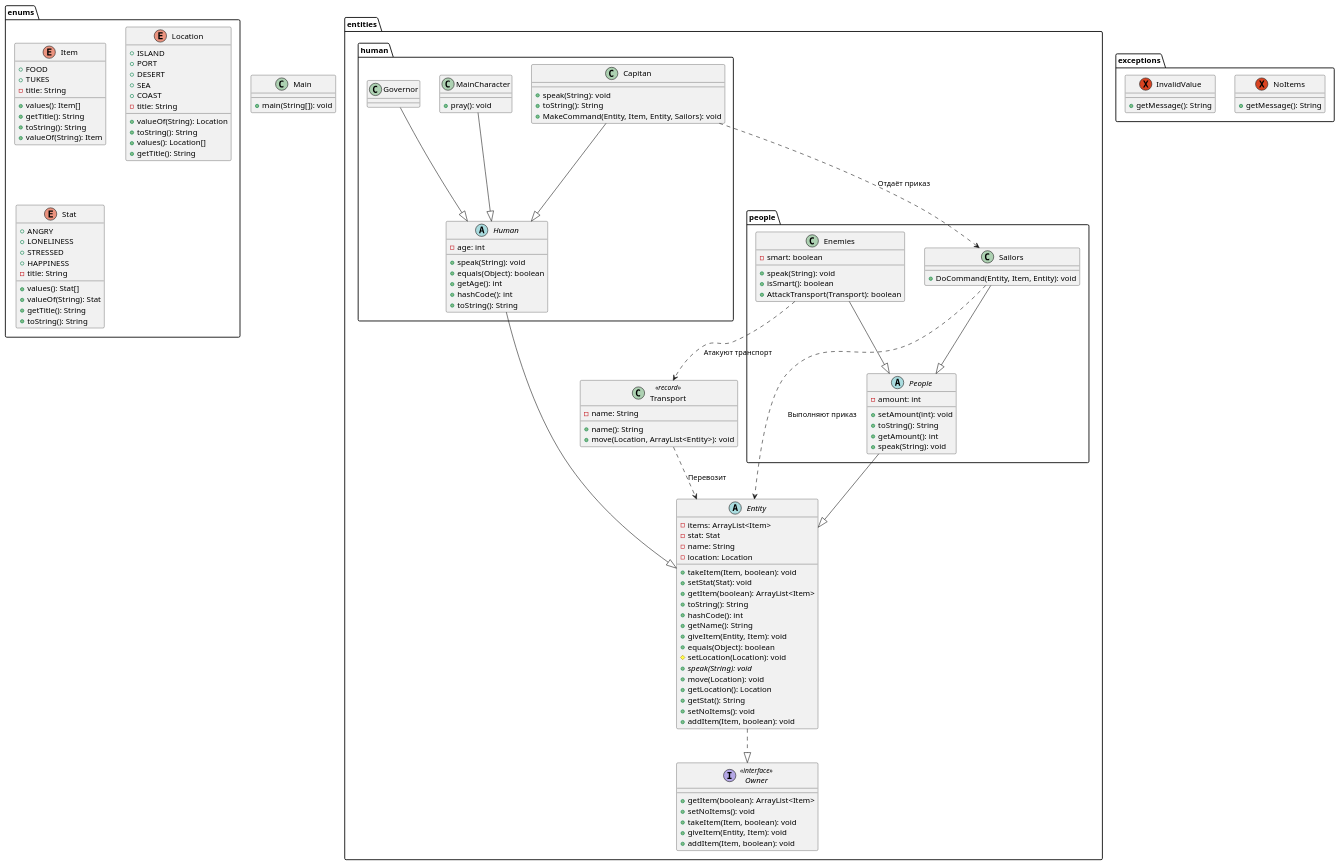
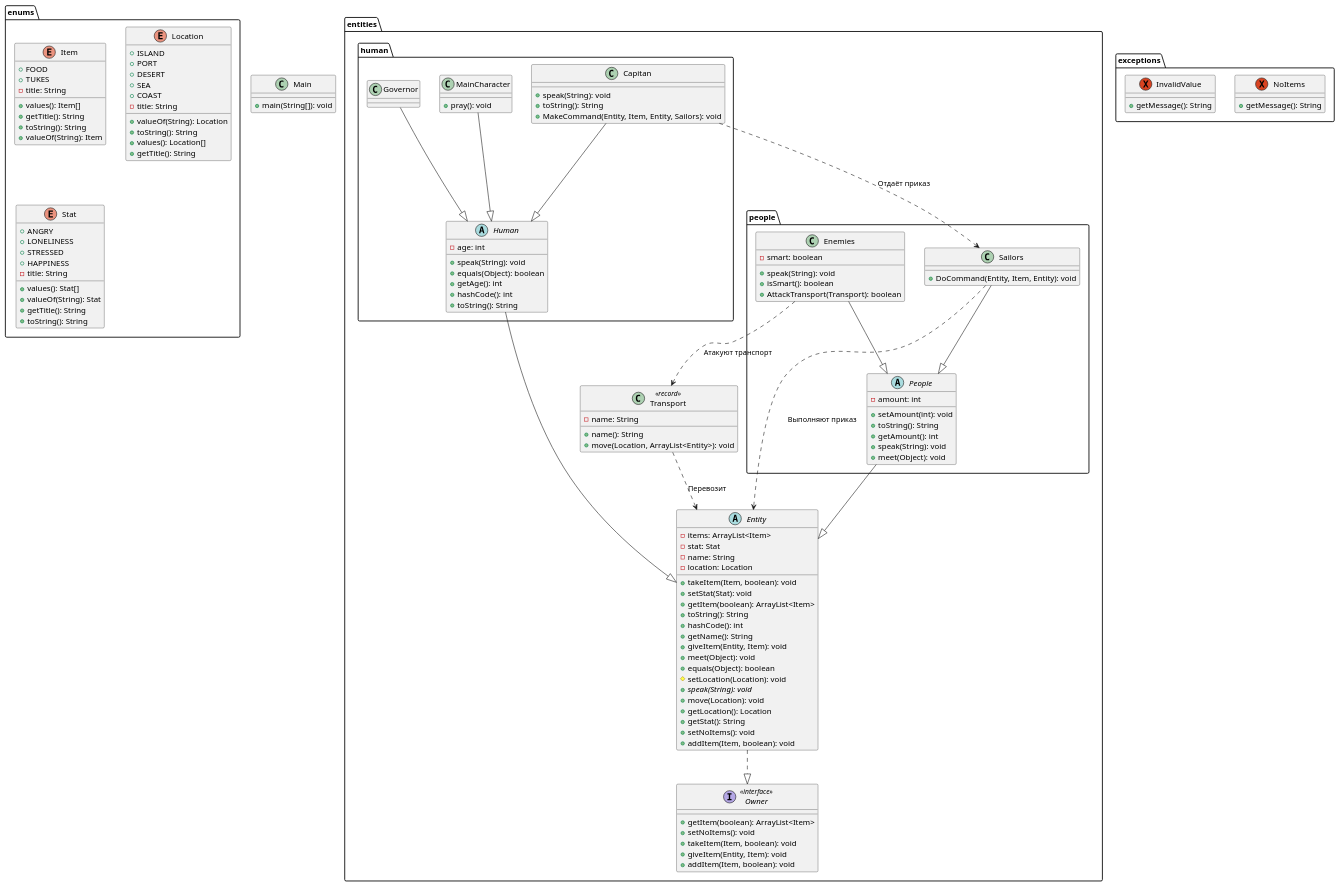
The diagram in semester1/programming/lab3/lab3.plantuml (Dkanil/ITMO), drawn with PlantUML before and after one commit. The commit also changed 3 other files, not shown here.

```diff
--- a/semester1/programming/lab3/lab3.plantuml
+++ b/semester1/programming/lab3/lab3.plantuml
@@ -1,135 +1,137 @@
 @startuml
 
 package entities{
     abstract class Entity {
       - items: ArrayList<Item>
       - stat: Stat
       - name: String
       - location: Location
       + takeItem(Item, boolean): void
       + setStat(Stat): void
       + getItem(boolean): ArrayList<Item>
       + toString(): String
       + hashCode(): int
       + getName(): String
       + giveItem(Entity, Item): void
+      + meet(Object): void
       + equals(Object): boolean
       # setLocation(Location): void
       + {abstract} speak(String): void
       + move(Location): void
       + getLocation(): Location
       + getStat(): String
       + setNoItems(): void
       + addItem(Item, boolean): void
     }
     interface Owner << interface >> {
       + getItem(boolean): ArrayList<Item>
       + setNoItems(): void
       + takeItem(Item, boolean): void
       + giveItem(Entity, Item): void
       + addItem(Item, boolean): void
     }
     class Transport <<record>> {
       - name: String
       + name(): String
       + move(Location, ArrayList<Entity>): void
     }
     package human{
         abstract class Human {
           - age: int
           + speak(String): void
           + equals(Object): boolean
           + getAge(): int
           + hashCode(): int
           + toString(): String
         }
         class Capitan {
           + speak(String): void
           + toString(): String
           + MakeCommand(Entity, Item, Entity, Sailors): void
         }
         class MainCharacter {
           + pray(): void
         }
         class Governor
     }
     package people{
         abstract class People {
           - amount: int
           + setAmount(int): void
           + toString(): String
           + getAmount(): int
           + speak(String): void
+          + meet(Object): void
         }
         class Enemies {
           - smart: boolean
           + speak(String): void
           + isSmart(): boolean
           + AttackTransport(Transport): boolean
         }
         class Sailors {
           + DoCommand(Entity, Item, Entity): void
         }
     }
 }
 package enums{
     enum Item{
       + FOOD
       + TUKES
       - title: String
       + values(): Item[]
       + getTitle(): String
       + toString(): String
       + valueOf(String): Item
     }
     enum Location {
       + ISLAND
       + PORT
       + DESERT
       + SEA
       + COAST
       - title: String
       + valueOf(String): Location
       + toString(): String
       + values(): Location[]
       + getTitle(): String
     }
     enum Stat {
       + ANGRY
       + LONELINESS
       + STRESSED
       + HAPPINESS
       - title: String
       + values(): Stat[]
       + valueOf(String): Stat
       + getTitle(): String
       + toString(): String
     }
 }
 package exceptions{
     exception NoItems {
       + getMessage(): String
     }
     exception InvalidValue {
       + getMessage(): String
     }
 }
 
 class Main {
   + main(String[]): void
 }
 
 
 Entity         ..|>  Owner
 Human          --|>  Entity
 People         --|>  Entity
 Sailors        --|>  People
 Enemies        --|>  People
 Capitan        --|>  Human
 Governor       --|>  Human
 MainCharacter  --|>  Human
 Capitan        ..>   Sailors: Отдаёт приказ
 Sailors        ..>   Entity: Выполняют приказ
 Enemies        ..>   Transport: Атакуют транспорт
 Transport      ..>   Entity: Перевозит
 @enduml
```
